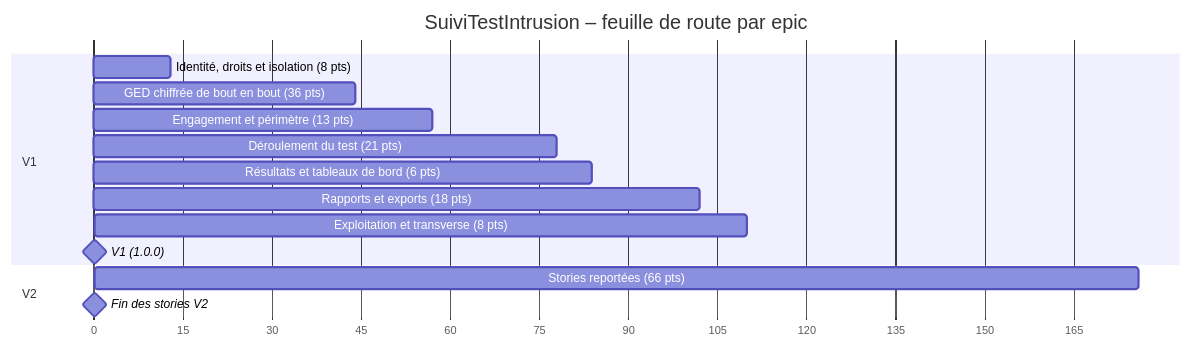
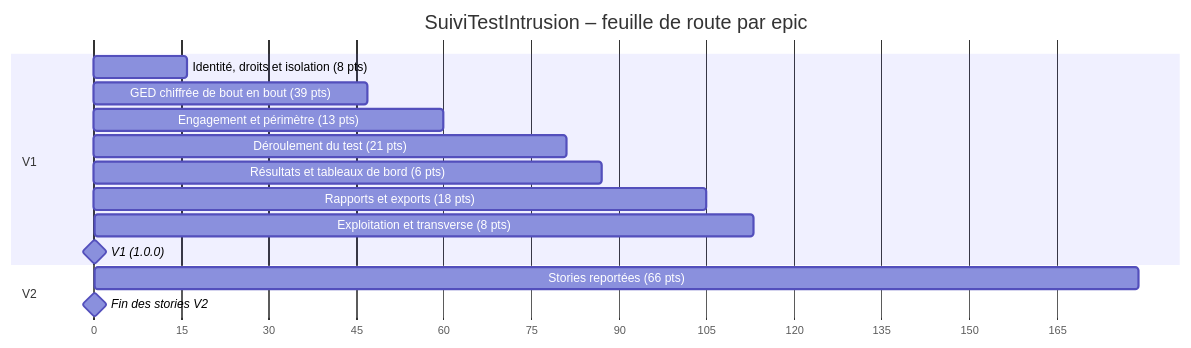
Before and after one commit to ILPlais/SuiviTestIntrusion: the first of 2 diagrams in docs/20-29 Développement/22 Planification/22.01 Planification du développement.md, drawn with Mermaid. The commit also changed other lines of this file and 6 other files, not shown here.

First line of the commit message:
Sprint 6 planifié : 18 points (identite-6, ged-chiffree-1, identite-7, ged-chiffree-2) ; clé de récupération ajoutée à ged-chiffree-1 (5 → 8 points), 22.01 mis à jour.

````diff
--- a/docs/20-29 Développement/22 Planification/22.01 Planification du développement.md
+++ b/docs/20-29 Développement/22 Planification/22.01 Planification du développement.md
@@ -48,18 +48,18 @@
 ```mermaid
 gantt
     title SuiviTestIntrusion – feuille de route par epic
     dateFormat X
     axisFormat %s
     section V1
-    Identité, droits et isolation (8 pts) :ep_identite, 0, 13
-    GED chiffrée de bout en bout (36 pts) :ep_ged_chiffree, 3, 44
-    Engagement et périmètre (13 pts) :ep_engagement, 44, 57
-    Déroulement du test (21 pts) :ep_deroulement, 57, 78
-    Résultats et tableaux de bord (6 pts) :ep_resultats, 78, 84
-    Rapports et exports (18 pts) :ep_exports, 84, 102
-    Exploitation et transverse (8 pts) :ep_exploitation, 102, 110
+    Identité, droits et isolation (8 pts) :ep_identite, 0, 16
+    GED chiffrée de bout en bout (39 pts) :ep_ged_chiffree, 3, 47
+    Engagement et périmètre (13 pts) :ep_engagement, 47, 60
+    Déroulement du test (21 pts) :ep_deroulement, 60, 81
+    Résultats et tableaux de bord (6 pts) :ep_resultats, 81, 87
+    Rapports et exports (18 pts) :ep_exports, 87, 105
+    Exploitation et transverse (8 pts) :ep_exploitation, 105, 113
     V1 (1.0.0) :milestone, v1, 110, 0d
     section V2
-    Stories reportées (66 pts) :ep_v2, 110, 176
+    Stories reportées (66 pts) :ep_v2, 113, 179
     Fin des stories V2 :milestone, v2, 176, 0d
 ```
````
